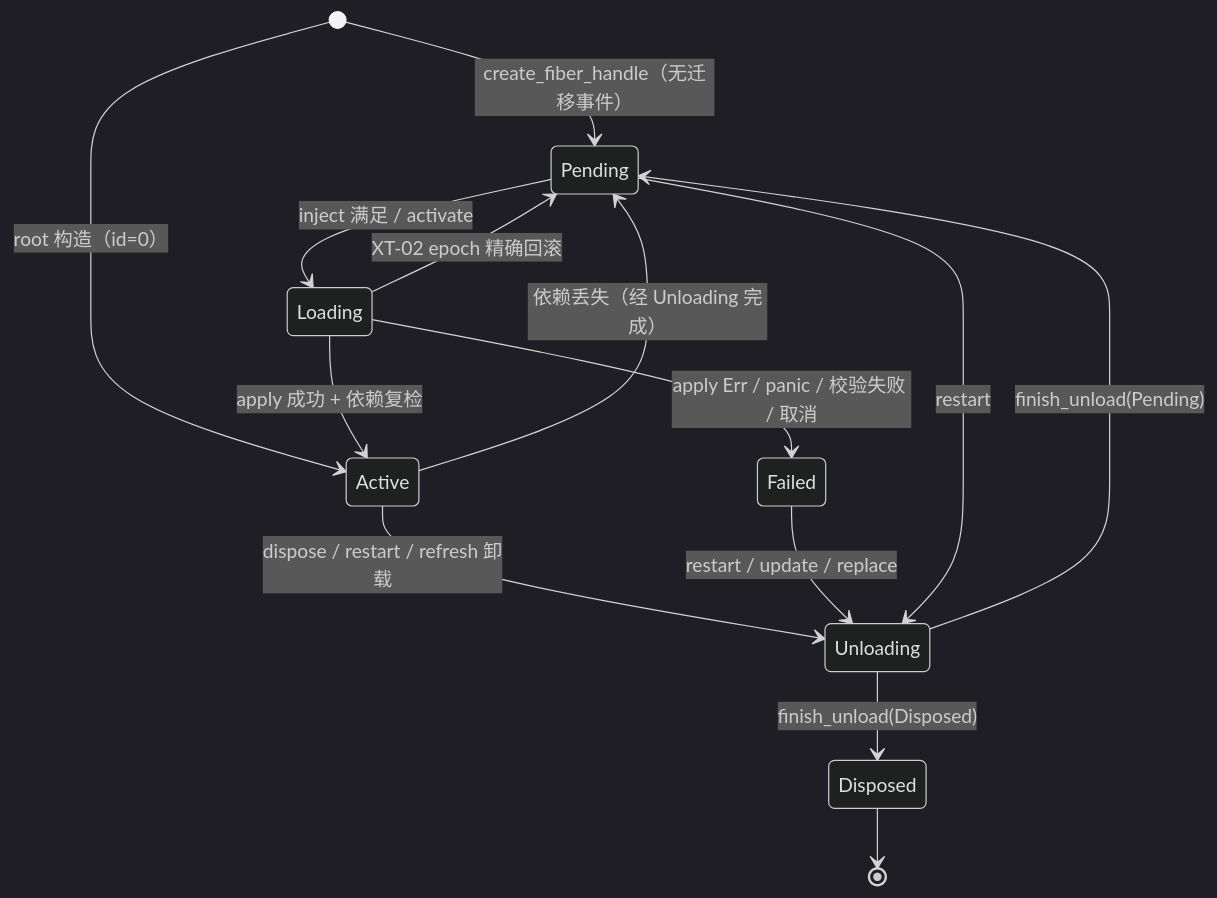
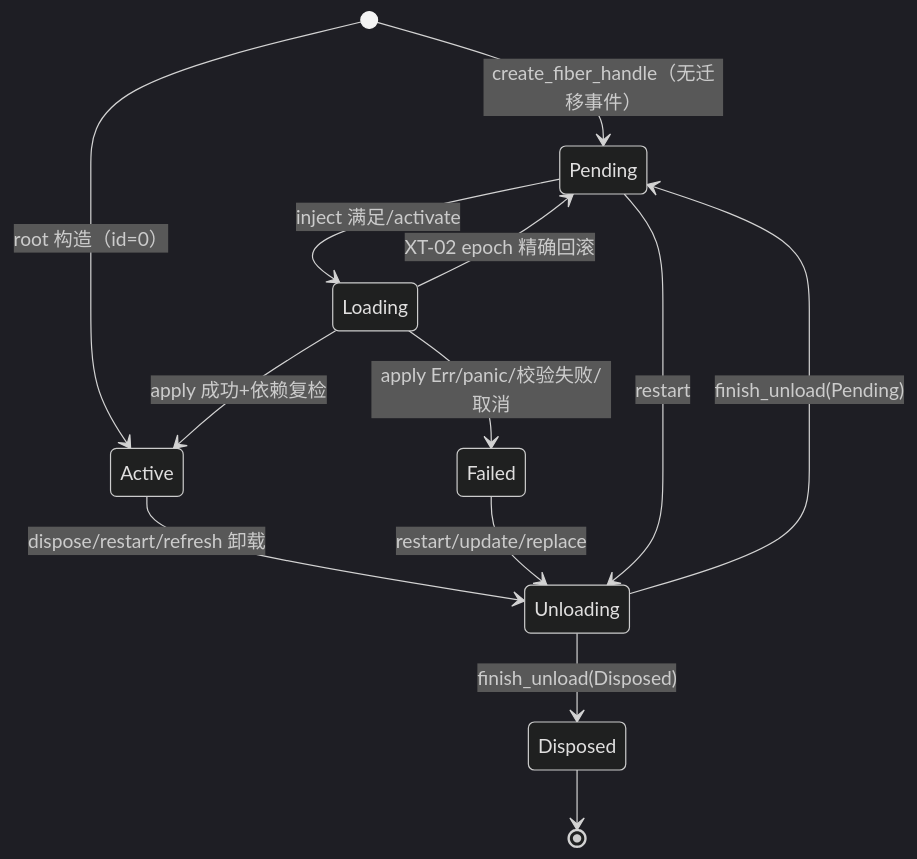
Before and after one commit to zeokeel/zeokeel-kernel: the second of 2 diagrams in docs/ARCHITECTURE-ANALYSIS.md, drawn with Mermaid (dark theme). The commit also changed other lines of this file and 7 other files, not shown here.

````diff
--- a/docs/ARCHITECTURE-ANALYSIS.md
+++ b/docs/ARCHITECTURE-ANALYSIS.md
@@ -306,16 +265,15 @@
 ```mermaid
 stateDiagram-v2
     [*] --> Pending: create_fiber_handle（无迁移事件）
     [*] --> Active: root 构造（id=0）
-    Pending --> Loading: inject 满足 / activate
-    Loading --> Active: apply 成功 + 依赖复检
-    Loading --> Failed: apply Err / panic / 校验失败 / 取消
+    Pending --> Loading: inject 满足/activate
+    Loading --> Active: apply 成功+依赖复检
+    Loading --> Failed: apply Err/panic/校验失败/取消
     Loading --> Pending: XT-02 epoch 精确回滚
-    Active --> Unloading: dispose / restart / refresh 卸载
-    Active --> Pending: 依赖丢失（经 Unloading 完成）
-    Failed --> Unloading: restart / update / replace
+    Active --> Unloading: dispose/restart/refresh 卸载
+    Failed --> Unloading: restart/update/replace
     Pending --> Unloading: restart
     Unloading --> Pending: finish_unload(Pending)
     Unloading --> Disposed: finish_unload(Disposed)
     Disposed --> [*]
 ```
````
